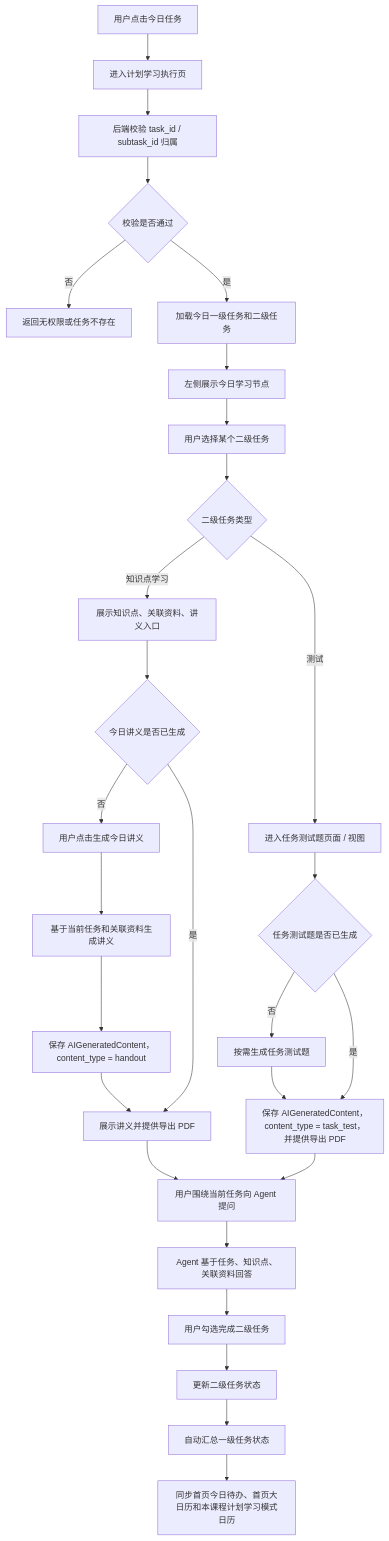
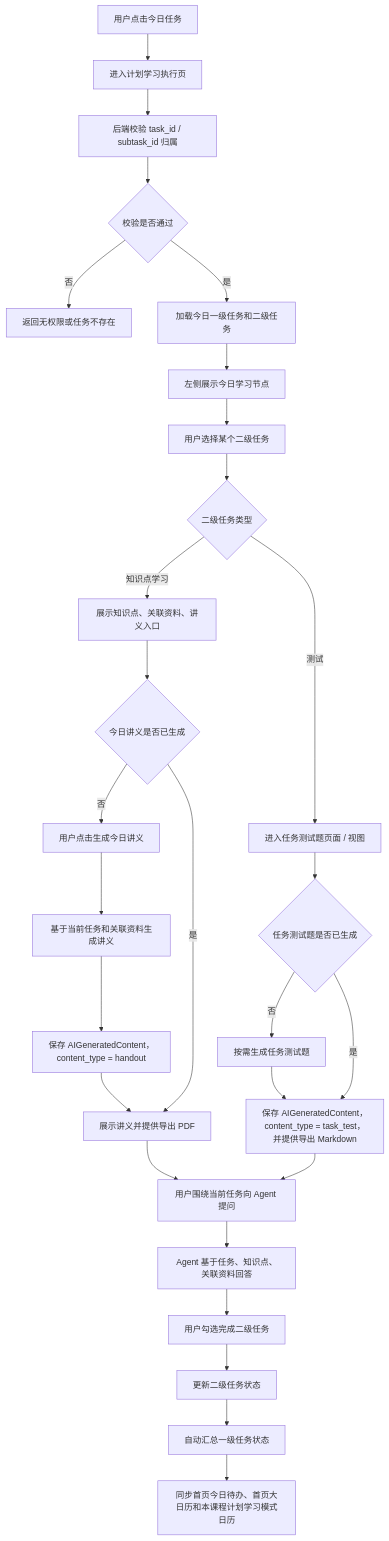
Before and after one commit to cyruan815/CourseNexus: the ninth of 10 diagrams in docs/product/PRD/02_用户流程_页面跳转_系统流程.md, drawn with Mermaid. The commit also changed other lines of this file and 9 other files, not shown here.

First line of the commit message:
docs(product): 统一任务测试题导出口径为 Markdown 并标记 PDF 延期

````diff
--- a/docs/product/PRD/02_用户流程_页面跳转_系统流程.md
+++ b/docs/product/PRD/02_用户流程_页面跳转_系统流程.md
@@ -477,30 +477,30 @@
 ```mermaid
 flowchart TD
     A["用户点击今日任务"] --> B["进入计划学习执行页"]
     B --> C["后端校验 task_id / subtask_id 归属"]
     C --> D{"校验是否通过"}
     D -- "否" --> E["返回无权限或任务不存在"]
     D -- "是" --> F["加载今日一级任务和二级任务"]
     F --> G["左侧展示今日学习节点"]
     G --> H["用户选择某个二级任务"]
     H --> I{"二级任务类型"}
     I -- "知识点学习" --> J["展示知识点、关联资料、讲义入口"]
     J --> K{"今日讲义是否已生成"}
     K -- "否" --> L["用户点击生成今日讲义"]
     L --> M["基于当前任务和关联资料生成讲义"]
     M --> N["保存 AIGeneratedContent，content_type = handout"]
     N --> O["展示讲义并提供导出 PDF"]
     K -- "是" --> O
     I -- "测试" --> P["进入任务测试题页面 / 视图"]
     P --> Q{"任务测试题是否已生成"}
     Q -- "否" --> R["按需生成任务测试题"]
-    R --> S["保存 AIGeneratedContent，content_type = task_test，并提供导出 PDF"]
+    R --> S["保存 AIGeneratedContent，content_type = task_test，并提供导出 Markdown"]
     Q -- "是" --> S
     O --> T["用户围绕当前任务向 Agent 提问"]
     S --> T
     T --> U["Agent 基于任务、知识点、关联资料回答"]
     U --> V["用户勾选完成二级任务"]
     V --> W["更新二级任务状态"]
     W --> X["自动汇总一级任务状态"]
     X --> Y["同步首页今日待办、首页大日历和本课程计划学习模式日历"]
 ```
````
